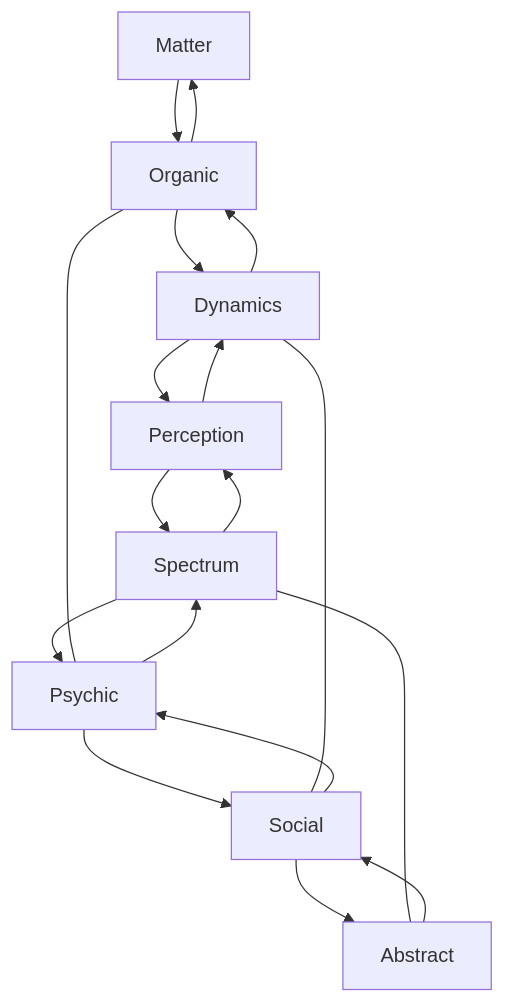
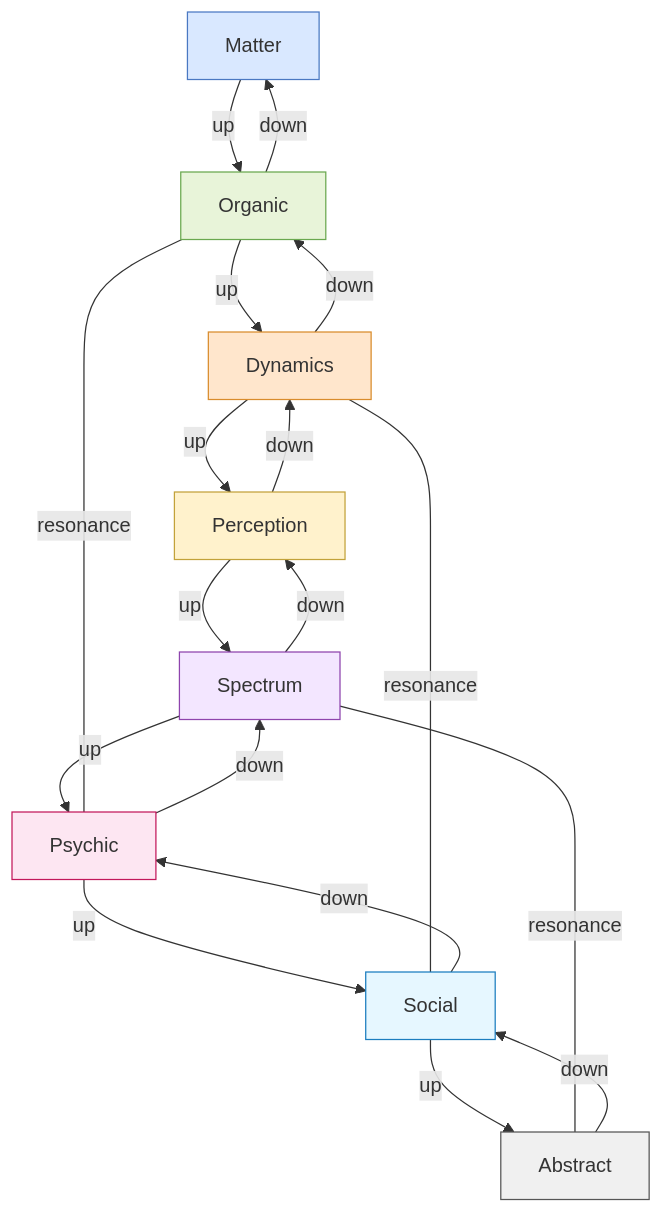
Before and after one commit to sciganec/subit-atlas: the fourth of 8 diagrams in whitepaper/Whitepaper‑Figures.mmd, drawn with Mermaid. The commit also changed other lines of this file, not shown here.

````diff
--- a/whitepaper/Whitepaper‑Figures.mmd
+++ b/whitepaper/Whitepaper‑Figures.mmd
@@ -60,18 +91,32 @@
 ```mermaid
 graph TD
+
     M1["Matter"]
     M2["Organic"]
     M3["Dynamics"]
     M4["Perception"]
     M5["Spectrum"]
     M6["Psychic"]
     M7["Social"]
     M8["Abstract"]
 
-    M1 --> M2 --> M3 --> M4 --> M5 --> M6 --> M7 --> M8
-    M8 --> M7 --> M6 --> M5 --> M4 --> M3 --> M2 --> M1
+    %% Upward
+    M1 -->|up| M2 -->|up| M3 -->|up| M4 -->|up| M5 -->|up| M6 -->|up| M7 -->|up| M8
 
-    M3 --- M7
-    M5 --- M8
-    M2 --- M6
+    %% Downward
+    M8 -->|down| M7 -->|down| M6 -->|down| M5 -->|down| M4 -->|down| M3 -->|down| M2 -->|down| M1
+
+    %% Resonance
+    M3 ---|resonance| M7
+    M5 ---|resonance| M8
+    M2 ---|resonance| M6
+
+    style M1 fill:#d9e8ff,stroke:#4a78c2
+    style M2 fill:#e8f4d9,stroke:#6aa84f
+    style M3 fill:#ffe6cc,stroke:#d98c2c
+    style M4 fill:#fff2cc,stroke:#c2a23a
+    style M5 fill:#f3e6ff,stroke:#8e44ad
+    style M6 fill:#fde6f2,stroke:#c2185b
+    style M7 fill:#e6f7ff,stroke:#1b7dbf
+    style M8 fill:#f0f0f0,stroke:#555
 ```
````
